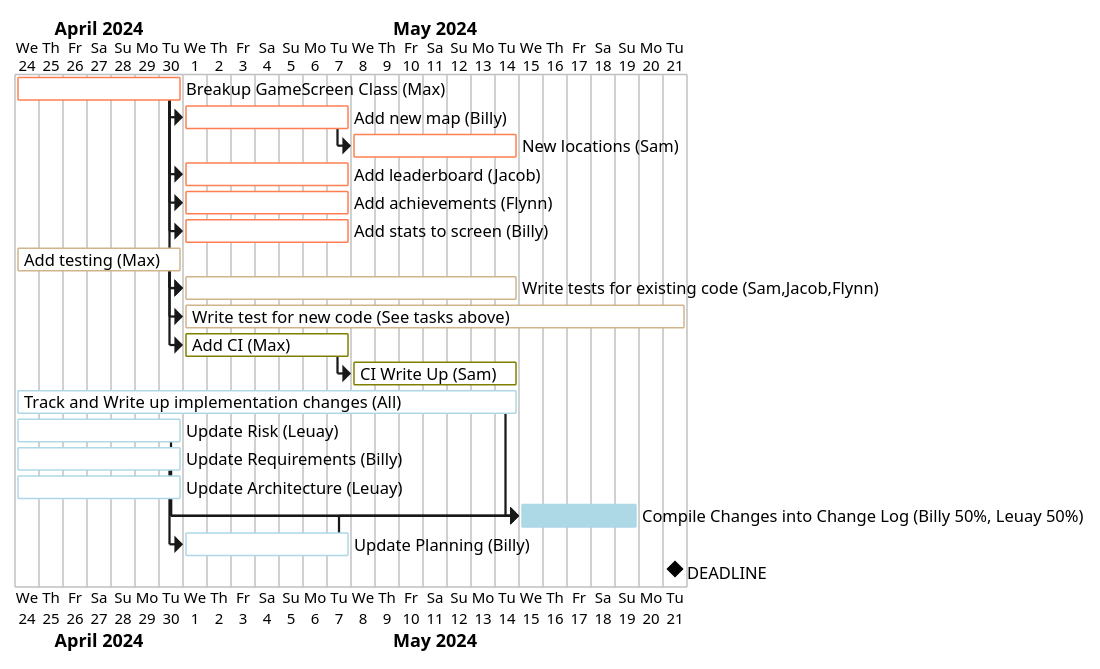
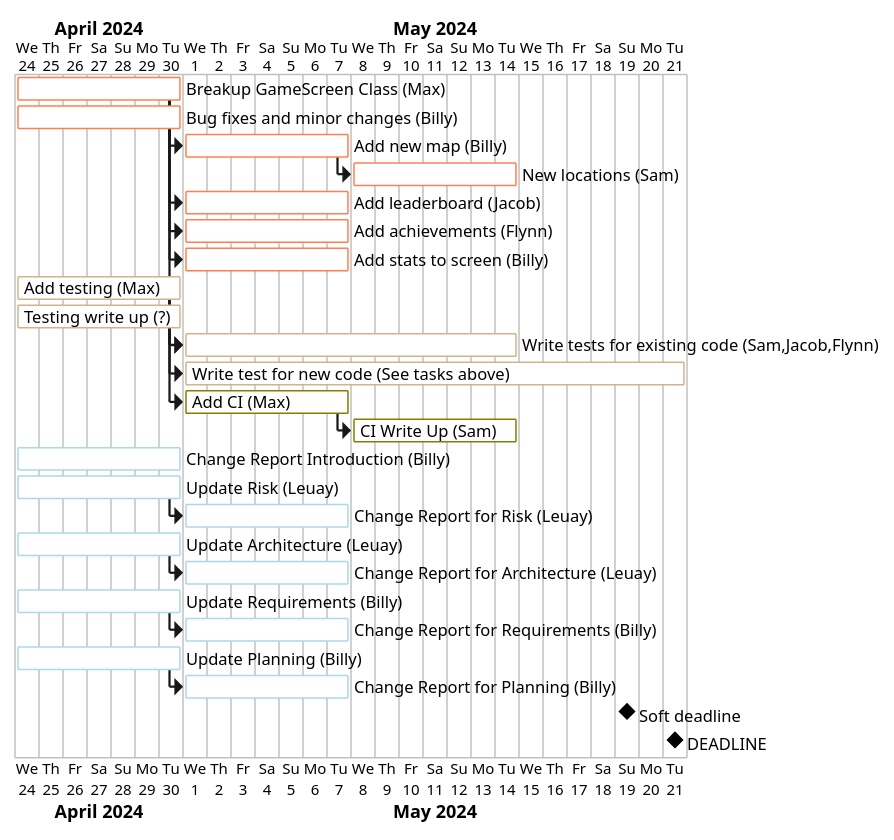
Before and after one commit to MaxIrv/Group-20-HesHus-Game: the diagram in diagrams/initial.puml, drawn with PlantUML.

Commit message:
Updated the initial gantt chart

```diff
--- a/diagrams/initial.puml
+++ b/diagrams/initial.puml
@@ -1,91 +1,100 @@
 @startgantt
 <style>
 ganttDiagram {
   task {
     BackGroundColor LightCoral
     LineColor Coral
   }
 }
 </style>
 project starts on the 24th April 2024
 ' Implementation
 [Breakup GameScreen Class (Max)] as [Breakup GameScreen Class] requires 7 days
+[Bug fixes and minor changes (Billy)] as [Bug fixes and minor changes] requires 7 days
 [Add new map (Billy)] as [Add new map] starts at [Breakup GameScreen Class]'s end
 [Add new map] requires 7 days
 [New locations (Sam)] as [New locations] requires 7 days
 [New locations] starts at [Add new map]'s end
 [Add leaderboard (Jacob)] as [Add leaderboard] requires 7 days
 [Add leaderboard] starts at [Breakup GameScreen Class]'s end
 [Add achievements (Flynn)] as [Add achievements] requires 7 days
 [Add achievements] starts at [Breakup GameScreen Class]'s end
 [Add stats to screen (Billy)] as [Add stats] requires 7 days
 [Add stats] starts at [Breakup GameScreen Class]'s end
 <style>
 ganttDiagram {
   task {
     BackGroundColor Tan
     LineColor Tan
   }
 }
 </style>
 [Add testing (Max)] as [Add testing] requires 7 days
+[Testing write up (?)] as [Testing write up] requires 7 days
 [Write tests for existing code (Sam,Jacob,Flynn)] as [Write tests for existing code] requires 14 days
 [Write tests for existing code] starts at [Add testing]'s end
 [Write tests for existing code] starts at [Breakup GameScreen Class]'s end
 [Write test for new code (See tasks above)] as [Write test for new code] requires 21 days
 [Write test for new code] starts at [Add testing]'s end
 <style>
 ganttDiagram {
   task {
     BackGroundColor Olive
     LineColor Olive
   }
 }
 </style>
 [Add CI (Max)] as [Add CI] requires 7 days
 [Add CI] starts at [Add testing]'s end
 [CI Write Up (Sam)] as [CI Write Up] requires 7 days
 [CI Write Up] starts at [Add CI]'s end
 <style>
 ganttDiagram {
   task {
     BackGroundColor LightBlue
     LineColor LightBlue
   }
 }
 </style>
-[Track and Write up implementation changes (All)] as [Track and Write up implementation changes] requires 21 days
+[Change Report Introduction (Billy)] as [Change Report Introduction] requires 7 days
 [Update Risk (Leuay)] as [Update Risk] requires 7 days
+[Change Report for Risk (Leuay)] as [Change Report for Risk] requires 7 days
+[Update Architecture (Leuay)] as [Update Architecture] requires 7 days
+[Change Report for Architecture (Leuay)] as [Change Report for Architecture] requires 7 days
 [Update Requirements (Billy)] as [Update Requirements] requires 7 days
-[Update Architecture (Leuay)] as [Update Architecture] requires 7 days
-[Compile Changes into Change Log (Billy 50%, Leuay 50%)] as [Compile Changes] requires 5 days
+[Change Report for Requirements (Billy)] as [Change Report for Requirements] requires 7 days
 [Update Planning (Billy)] as [Update Planning] requires 7 days
-[Update Planning] starts at [Update Requirements]'s end
-[Compile Changes] starts at [Track and Write up implementation changes]'s end
-[Compile Changes] starts at [Update Planning]'s end
-[Compile Changes] starts at [Update Risk]'s end
-[Compile Changes] starts at [Update Architecture]'s end
-[Compile Changes] starts at [Update Requirements]'s end
+[Change Report for Planning (Billy)] as [Change Report for Planning] requires 7 days
 
+[Change Report for Architecture] starts at [Update Architecture]'s end
+[Change Report for Requirements] starts at [Update Requirements]'s end
+[Change Report for Risk] starts at [Update Risk]'s end
+[Change Report for Planning] starts at [Update Planning]'s end
 
-
+[Soft deadline] happens at 2024-05-19
 [DEADLINE] happens at 2024-05-21
 
 [Add new map] is 0% complete
+[Bug fixes and minor changes] is 0% complete
 [Breakup GameScreen Class] is 0% complete
+[Testing write up] is 0% complete
 [New locations] is 0% complete
 [Add leaderboard] is 0% complete
 [Add achievements] is 0% complete
 [Add stats] is 0% complete
 [Add testing] is 0% complete
 [Write tests for existing code] is 0% complete
 [Write test for new code] is 0% complete
 [Add CI] is 0% complete
 [CI Write Up] is 0% complete
-[Track and Write up implementation changes] is 0% complete
 [Update Planning] is 0% complete
 [Update Risk] is 0% complete
 [Update Requirements] is 0% complete
 [Update Architecture] is 0% complete
+[Change Report for Architecture] is 0% complete
+[Change Report for Planning] is 0% complete
+[Change Report for Risk] is 0% complete
+[Change Report for Requirements] is 0% complete
+[Change Report Introduction] is 0% complete
 
 @endgantt
```
